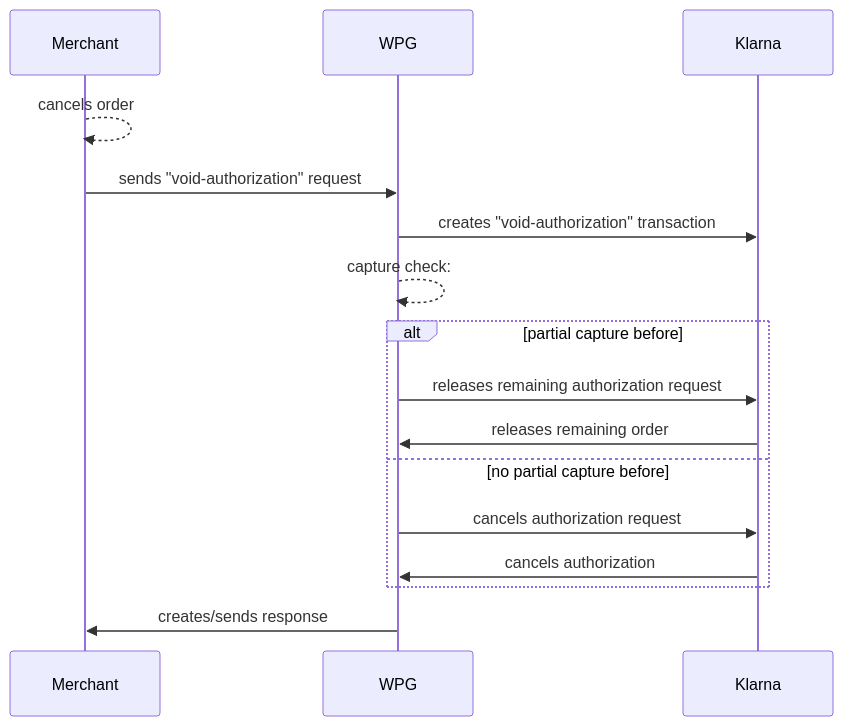
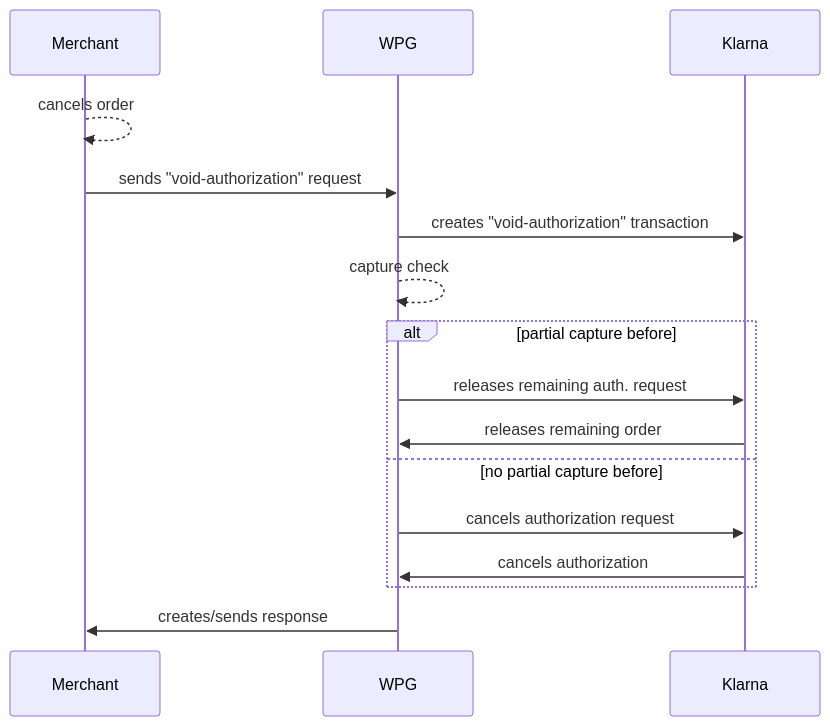
The diagram in 11-13-01-03-klarna-v2-void-authorization.adoc (wirecard/merchant-documentation-gateway), drawn with Mermaid before and after one commit.

Commit message:
Update Klarna v2 void-auth mermaid

```diff
--- a/11-13-01-03-klarna-v2-void-authorization.adoc
+++ b/11-13-01-03-klarna-v2-void-authorization.adoc
@@ -25,19 +25,19 @@
 [mermaid,Klarnav2_workflow_voidAuthorization,svg,subs=attributes+]
 ----
 sequenceDiagram
     participant M as Merchant
     participant W as WPG
     participant K as Klarna
 M-->>M: cancels order
 M->>W: sends "void-authorization" request
 W->>K: creates "void-authorization" transaction
-W-->>W: capture check:
-   alt partial capture before
-        W->>K: releases remaining authorization request
+W-->>W: capture check
+    alt partial capture before
+        W->>K: releases remaining auth. request
         K->>W: releases remaining order
-   else no partial capture before
+    else no partial capture before
         W->>K: cancels authorization request
         K->>W: cancels authorization
-        end
+    end
 W->>M: creates/sends response
 ----
```
